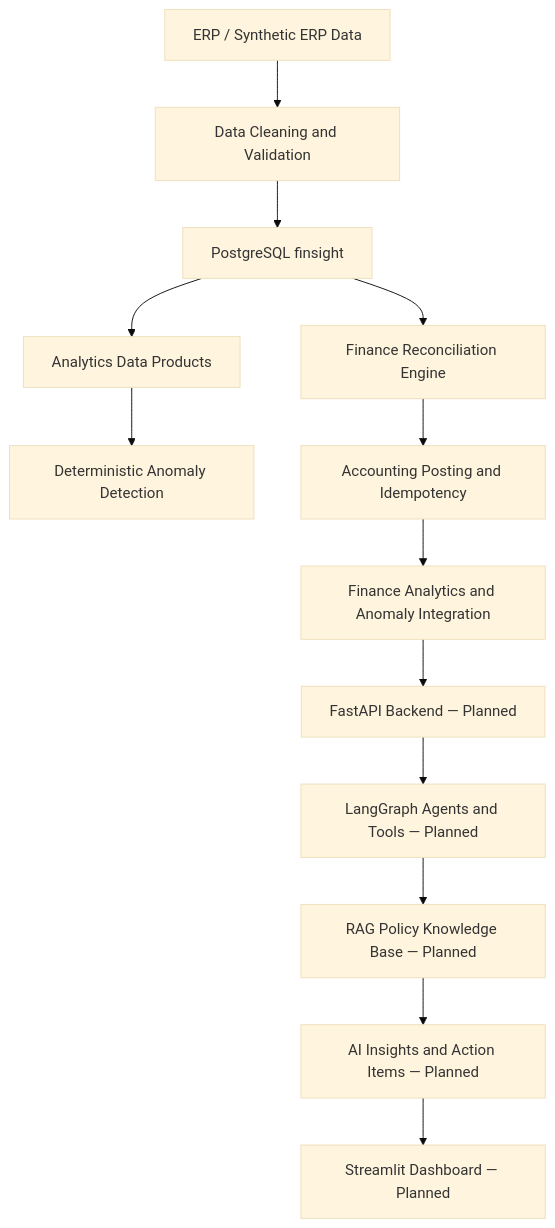
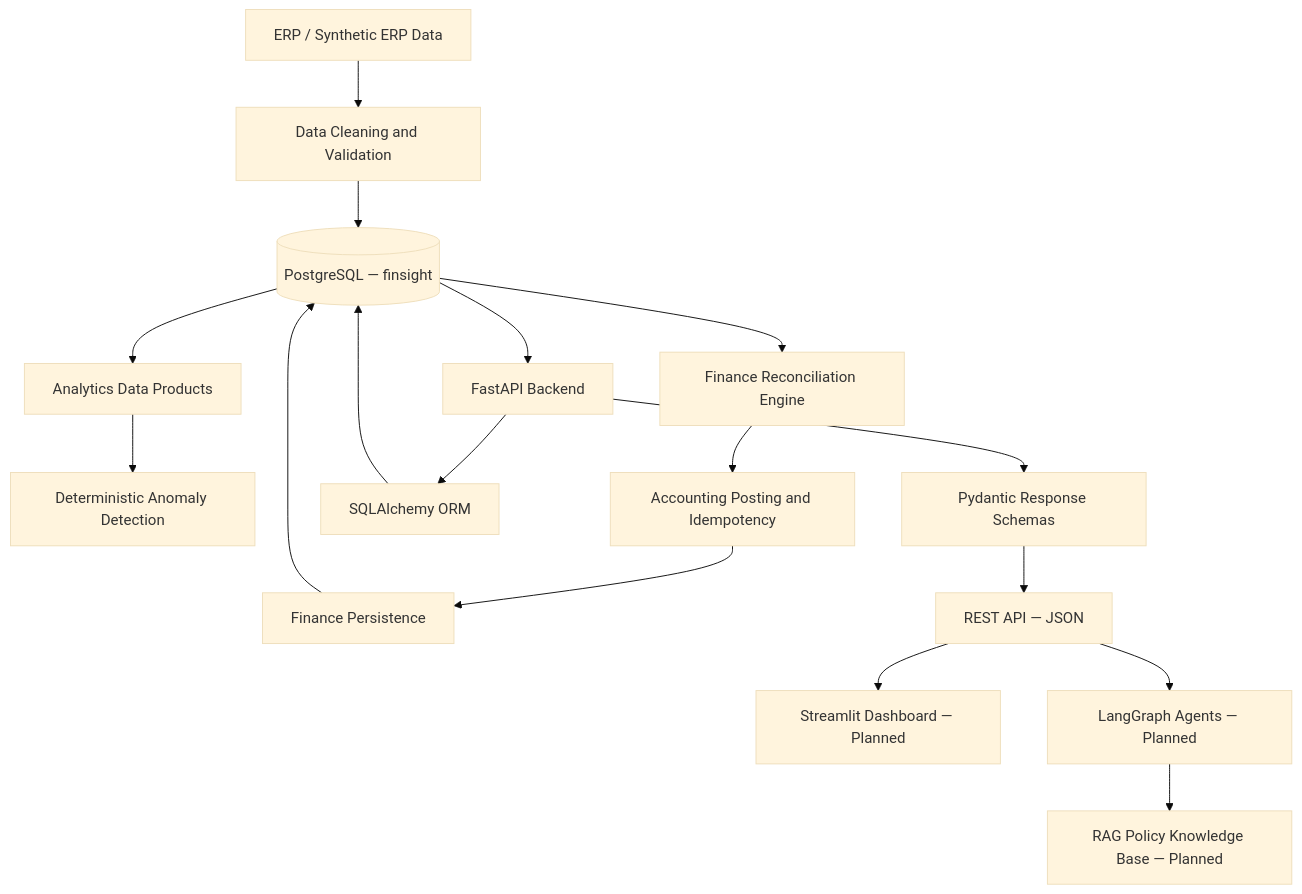
One commit to OjusGupta/Finsight changed the first of 5 diagrams in README.md. Above: the diagram before and after it, drawn with Mermaid (base theme). The commit also changed other lines of this file and 45 other files, not shown here.

Commit message:
feat: add FastAPI backend, update README and requirements

````diff
--- a/README.md
+++ b/README.md
@@ -42,15 +110,19 @@
 ```mermaid
 flowchart TD
     A[ERP / Synthetic ERP Data] --> B[Data Cleaning and Validation]
-    B --> C[PostgreSQL finsight]
+    B --> C[(PostgreSQL — finsight)]
     C --> D[Analytics Data Products]
     D --> E[Deterministic Anomaly Detection]
     C --> F[Finance Reconciliation Engine]
     F --> G[Accounting Posting and Idempotency]
-    G --> H[Finance Analytics and Anomaly Integration]
-    H --> I[FastAPI Backend — Planned]
-    I --> J[LangGraph Agents and Tools — Planned]
-    J --> K[RAG Policy Knowledge Base — Planned]
-    K --> L[AI Insights and Action Items — Planned]
+    G --> H[Finance Persistence]
+    H --> C
+    C --> I[FastAPI Backend]
+    I --> J[SQLAlchemy ORM]
+    J --> C
+    I --> K[Pydantic Response Schemas]
+    K --> L[REST API — JSON]
     L --> M[Streamlit Dashboard — Planned]
+    L --> N[LangGraph Agents — Planned]
+    N --> O[RAG Policy Knowledge Base — Planned]
 ```
````
